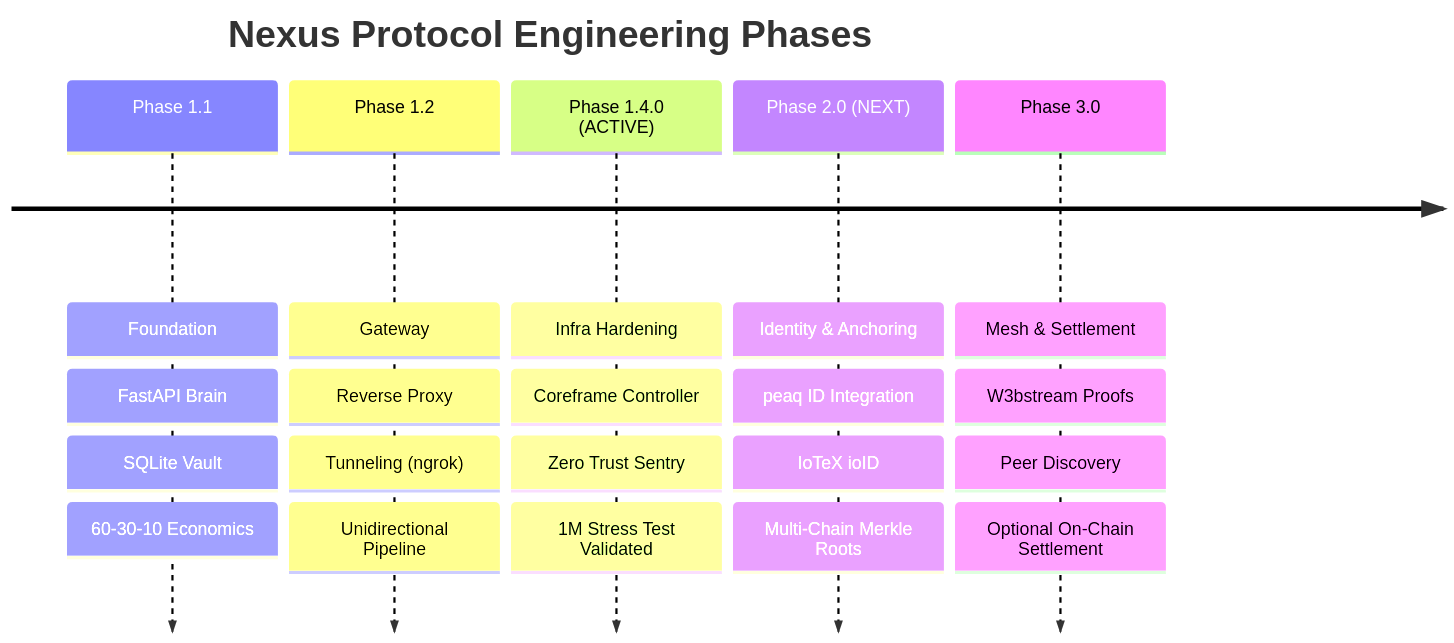
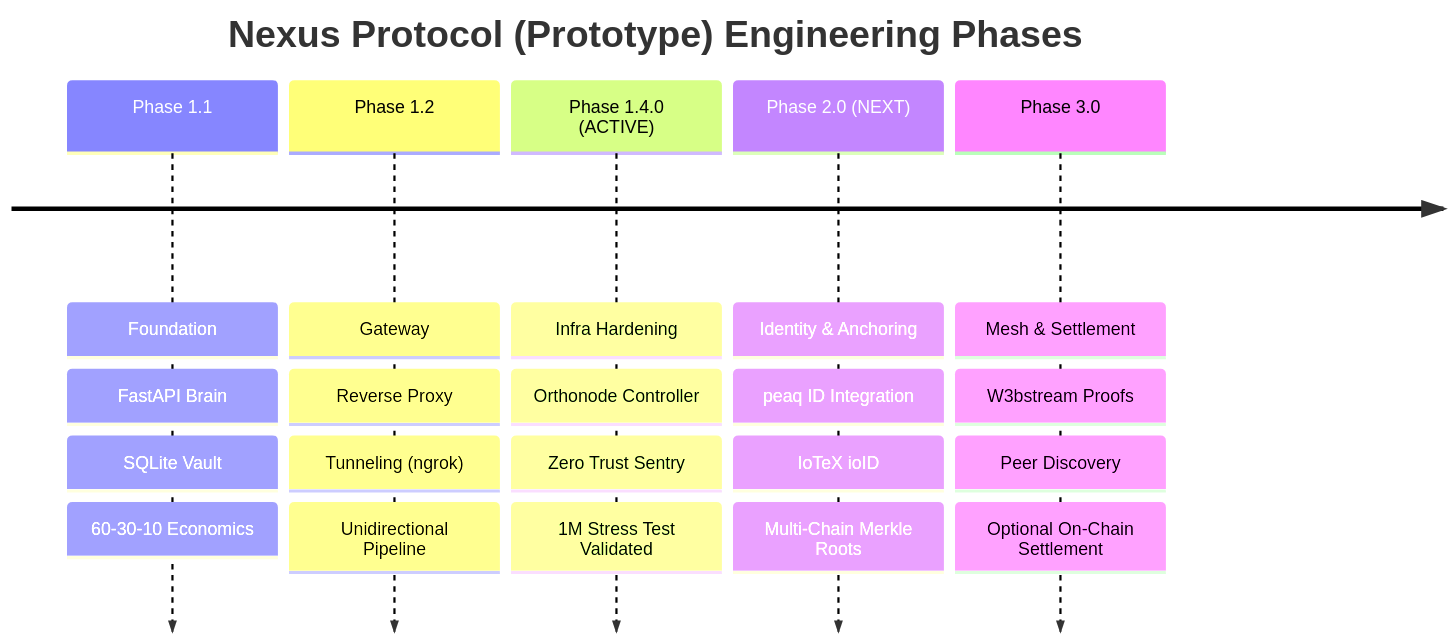
Before and after one commit to arhantbarmate/nexus-core: the diagram in docs/ROADMAP.md, drawn with Mermaid. The commit also changed other lines of this file and 32 other files, not shown here.

````diff
--- a/docs/ROADMAP.md
+++ b/docs/ROADMAP.md
@@ -16,9 +16,9 @@
 ```mermaid
 timeline
-    title Nexus Protocol Engineering Phases
+    title Nexus Protocol (Prototype) Engineering Phases
     Phase 1.1 : Foundation : FastAPI Brain : SQLite Vault : 60-30-10 Economics
     Phase 1.2 : Gateway : Reverse Proxy : Tunneling (ngrok) : Unidirectional Pipeline
-    Phase 1.4.0 (ACTIVE) : Infra Hardening : Coreframe Controller : Zero Trust Sentry : 1M Stress Test Validated
+    Phase 1.4.0 (ACTIVE) : Infra Hardening : Orthonode Controller : Zero Trust Sentry : 1M Stress Test Validated
     Phase 2.0 (NEXT) : Identity & Anchoring : peaq ID Integration : IoTeX ioID : Multi-Chain Merkle Roots
     Phase 3.0 : Mesh & Settlement : W3bstream Proofs : Peer Discovery : Optional On-Chain Settlement
 ```
````
